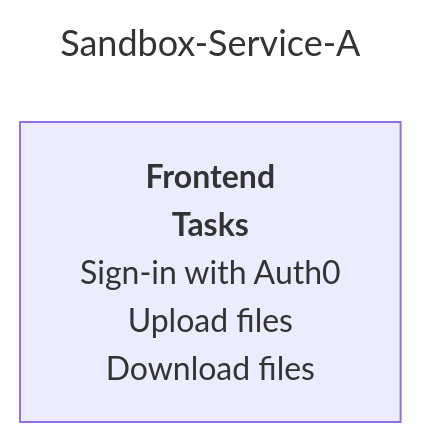
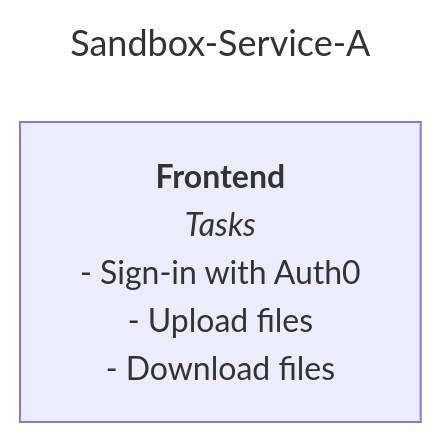
The diagram in sandbox-service-a/README.md (endepointe/container-hub), drawn with Mermaid before and after one commit.

````diff
--- a/sandbox-service-a/README.md
+++ b/sandbox-service-a/README.md
@@ -3,11 +3,11 @@
 ```mermaid
 ---
 title: Sandbox-Service-A 
 ---
 flowchart LR
     Frontend["`**Frontend**
-    __Tasks__
-    Sign-in with Auth0
-    Upload files
-    Download files`"]
+    _Tasks_
+    - Sign-in with Auth0
+    - Upload files
+    - Download files`"]
 ```
````
